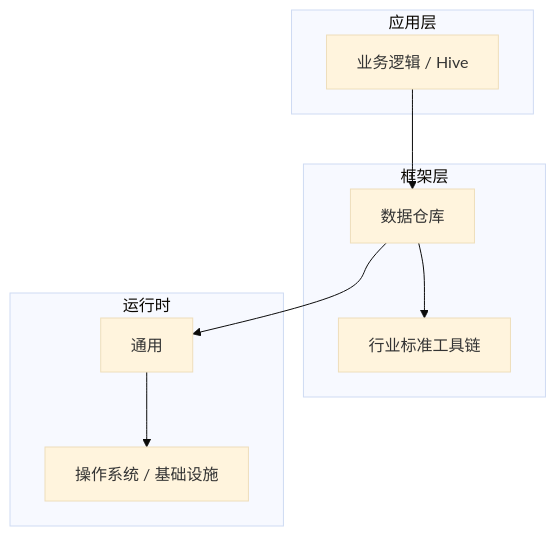
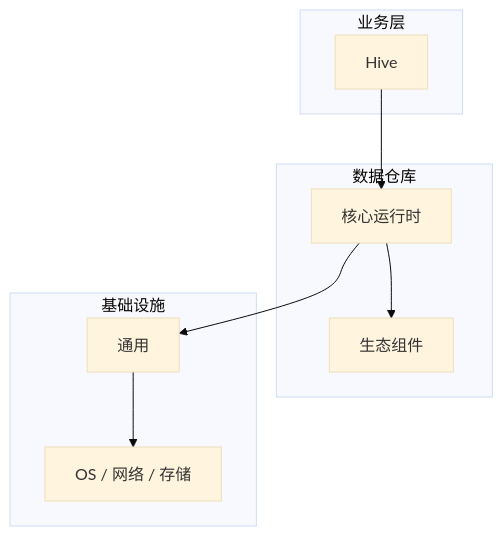
Before and after one commit to yanggan2015/knowledge-json-v2: the diagram in articles/数据仓库/chapters/061-Hive核心概念与原理.md, drawn with Mermaid (base theme). The commit also changed other lines of this file and 10127 other files, not shown here.

````diff
--- a/articles/数据仓库/chapters/061-Hive核心概念与原理.md
+++ b/articles/数据仓库/chapters/061-Hive核心概念与原理.md
@@ -45,18 +34,18 @@
 ```mermaid
 graph TB
-    subgraph 应用层
-        A[业务逻辑 / Hive]
+    subgraph 业务层
+        A[Hive]
     end
-    subgraph 框架层
-        B[数据仓库]
-        C[行业标准工具链]
+    subgraph 数据仓库
+        B[核心运行时]
+        C[生态组件]
     end
-    subgraph 运行时
+    subgraph 基础设施
         D[通用]
-        E[操作系统 / 基础设施]
+        E[OS / 网络 / 存储]
     end
     A --> B
     B --> C
     B --> D
     D --> E
 ```
````
